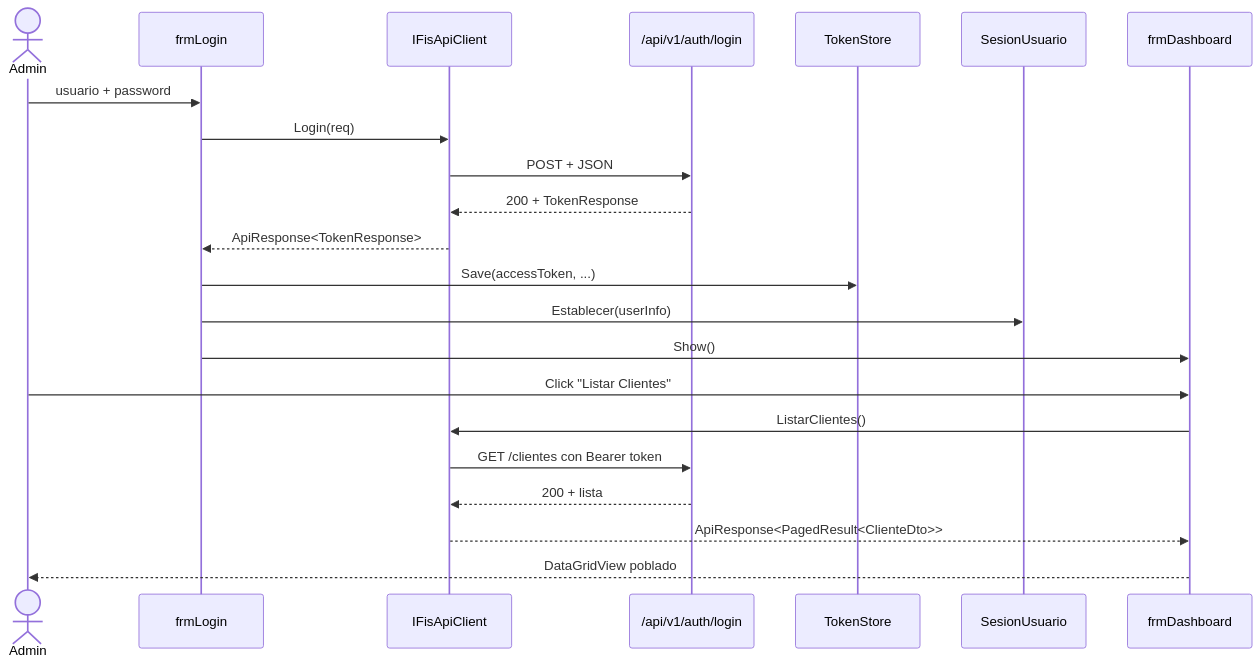
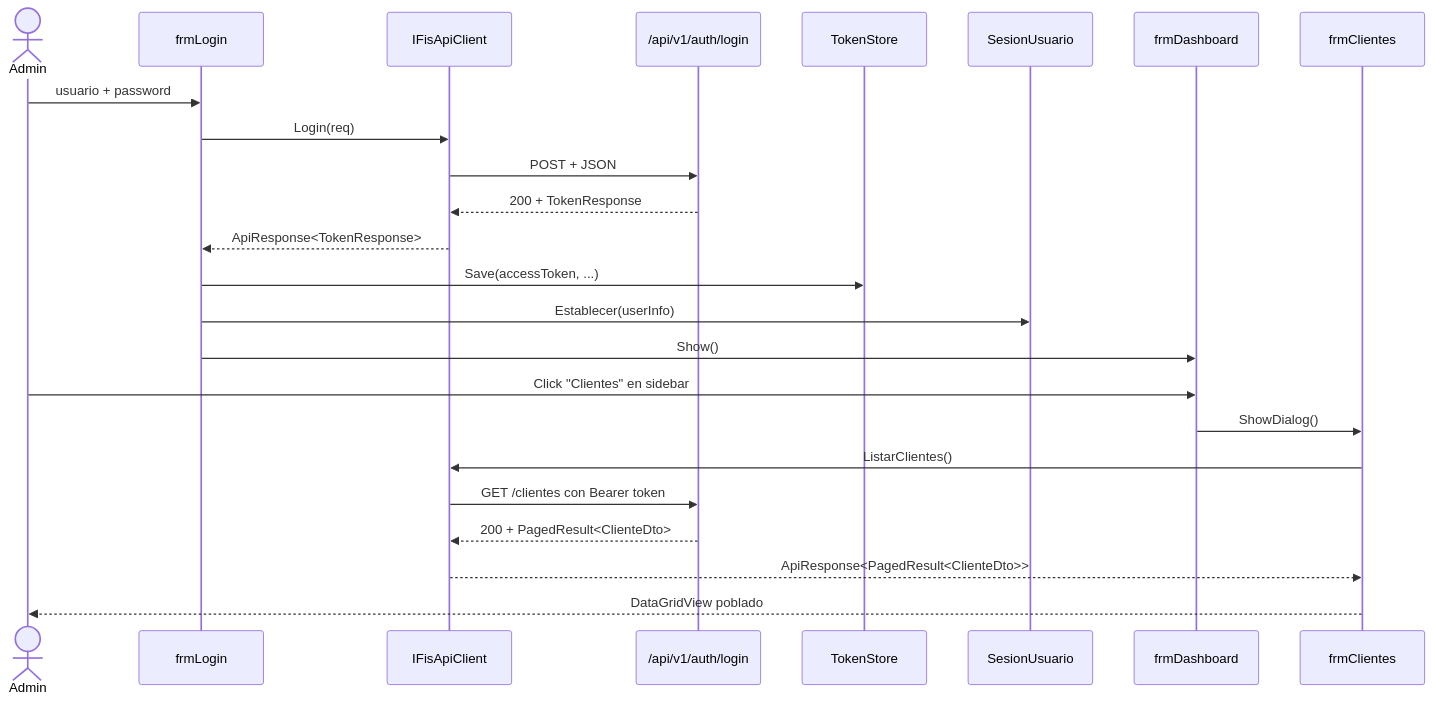
One commit to claudiosddevs/adrian changed the third of 3 diagrams in docs/04-desktop/README.md. Above: the diagram before and after it, drawn with Mermaid. The commit also changed other lines of this file and 5 other files, not shown here.

````diff
--- a/docs/04-desktop/README.md
+++ b/docs/04-desktop/README.md
@@ -237,25 +267,26 @@
 ```mermaid
 sequenceDiagram
     actor Admin
     participant FL as frmLogin
     participant Refit as IFisApiClient
     participant API as /api/v1/auth/login
     participant TS as TokenStore
     participant SU as SesionUsuario
     participant FD as frmDashboard
 
     Admin->>FL: usuario + password
     FL->>Refit: Login(req)
     Refit->>API: POST + JSON
     API-->>Refit: 200 + TokenResponse
     Refit-->>FL: ApiResponse<TokenResponse>
     FL->>TS: Save(accessToken, ...)
     FL->>SU: Establecer(userInfo)
     FL->>FD: Show()
-    Admin->>FD: Click "Listar Clientes"
-    FD->>Refit: ListarClientes()
+    Admin->>FD: Click "Clientes" en sidebar
+    FD->>frmClientes: ShowDialog()
+    frmClientes->>Refit: ListarClientes()
     Refit->>API: GET /clientes con Bearer token
-    API-->>Refit: 200 + lista
-    Refit-->>FD: ApiResponse<PagedResult<ClienteDto>>
-    FD-->>Admin: DataGridView poblado
+    API-->>Refit: 200 + PagedResult<ClienteDto>
+    Refit-->>frmClientes: ApiResponse<PagedResult<ClienteDto>>
+    frmClientes-->>Admin: DataGridView poblado
 ```
````
